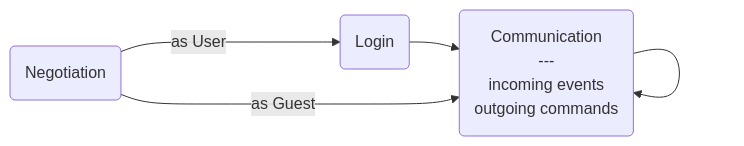
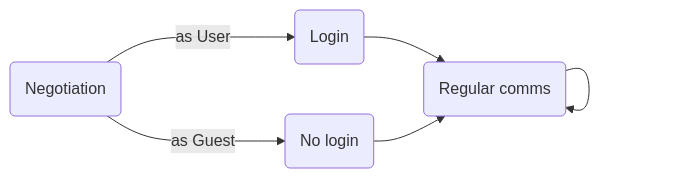
Before and after one commit to DanielOaks/collabodraw-server: the diagram in doc/protocol-user.md, drawn with Mermaid. The commit also changed other lines of this file, not shown here.

````diff
--- a/doc/protocol-user.md
+++ b/doc/protocol-user.md
@@ -9,7 +9,8 @@
 ```mermaid
 flowchart LR
     Negotiation(Negotiation) --->|as User| Login(Login)
-    Login --> BackAndForth(Communication<br>---<br>incoming events<br>outgoing commands)
-    Negotiation -->|as Guest| BackAndForth
+    Login --> BackAndForth(Regular comms)
+    Negotiation -->|as Guest| Guest(No login)
+    Guest --> BackAndForth
     BackAndForth --> BackAndForth
 ```
````
